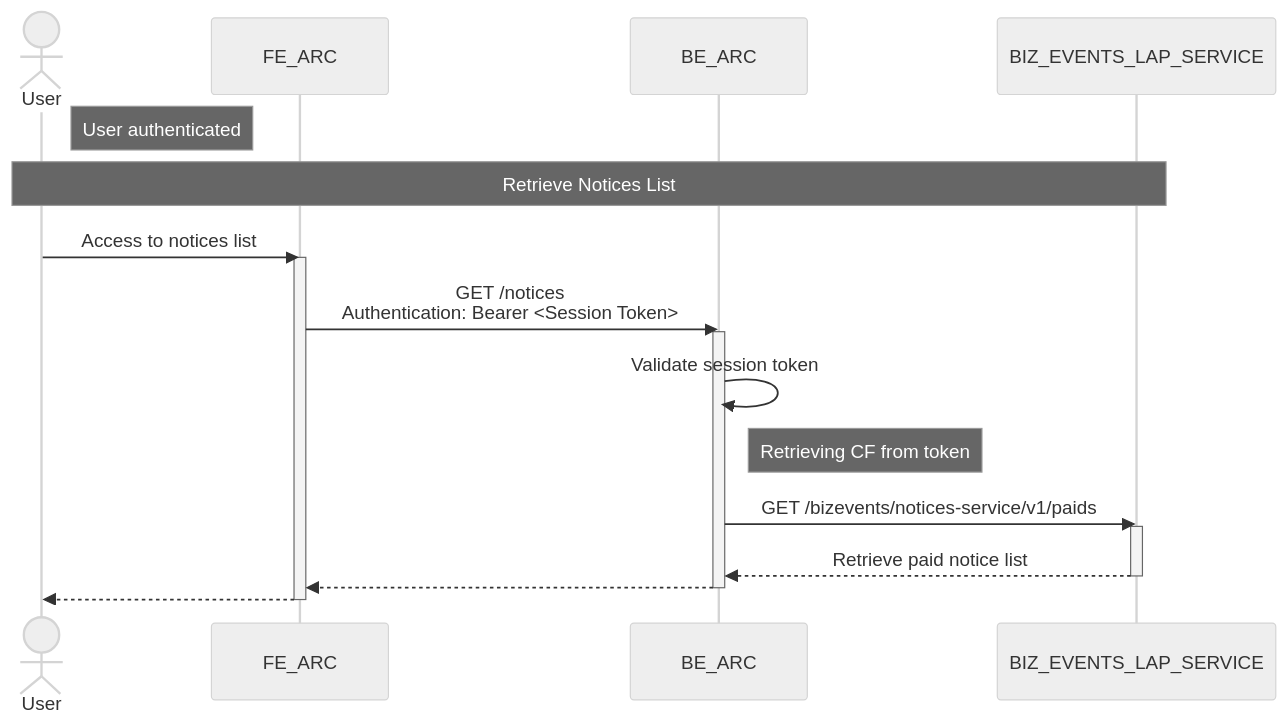
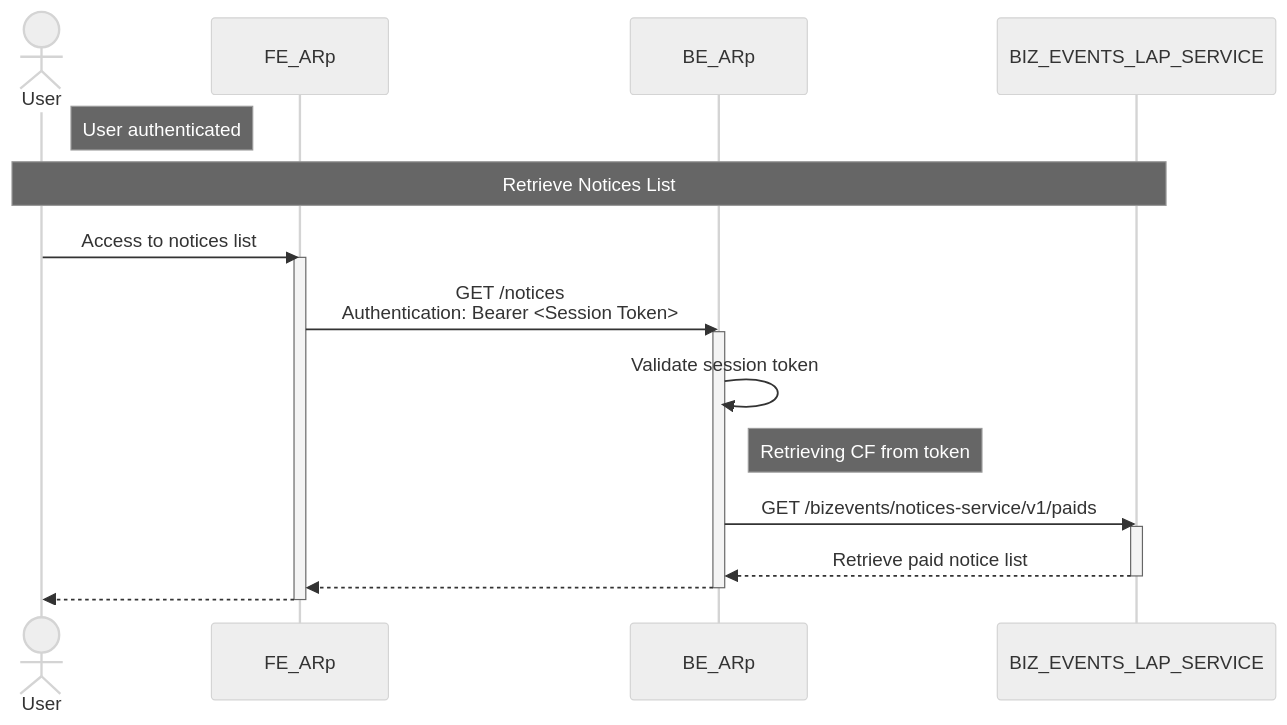
Before and after one commit to pagopa/arc-doc: the diagram in design/arc/notices/sequence_diagram_notices_list.mmd, drawn with Mermaid (neutral theme). The commit also changed 2 other files, not shown here.

Commit message:
P4PU-584 updated sequence diagram

```diff
--- a/design/arc/notices/sequence_diagram_notices_list.mmd
+++ b/design/arc/notices/sequence_diagram_notices_list.mmd
@@ -1,22 +1,22 @@
 sequenceDiagram
 actor User
-participant FE_ARC
-participant BE_ARC
+participant FE_ARp
+participant BE_ARp
 participant BIZ_EVENTS_LAP_SERVICE
 
 note right of User: User authenticated
 note over User, BIZ_EVENTS_LAP_SERVICE : Retrieve Notices List
-    User ->> FE_ARC : Access to notices list
-    activate FE_ARC
-        FE_ARC ->> BE_ARC : GET /notices <br> Authentication: Bearer <Session Token>
-        activate BE_ARC
-            BE_ARC ->> BE_ARC : Validate session token
-            note right of BE_ARC : Retrieving CF from token
-            BE_ARC ->> BIZ_EVENTS_LAP_SERVICE : GET /bizevents/notices-service/v1/paids
+    User ->> FE_ARp : Access to notices list
+    activate FE_ARp
+        FE_ARp ->> BE_ARp : GET /notices <br> Authentication: Bearer <Session Token>
+        activate BE_ARp
+            BE_ARp ->> BE_ARp : Validate session token
+            note right of BE_ARp : Retrieving CF from token
+            BE_ARp ->> BIZ_EVENTS_LAP_SERVICE : GET /bizevents/notices-service/v1/paids
             activate BIZ_EVENTS_LAP_SERVICE
-                BIZ_EVENTS_LAP_SERVICE -->> BE_ARC : Retrieve paid notice list
+                BIZ_EVENTS_LAP_SERVICE -->> BE_ARp : Retrieve paid notice list
             deactivate BIZ_EVENTS_LAP_SERVICE
-            BE_ARC -->> FE_ARC : #
-        deactivate BE_ARC
-        FE_ARC -->> User: #
-    deactivate FE_ARC
+            BE_ARp -->> FE_ARp : #
+        deactivate BE_ARp
+        FE_ARp -->> User: #
+    deactivate FE_ARp
```
